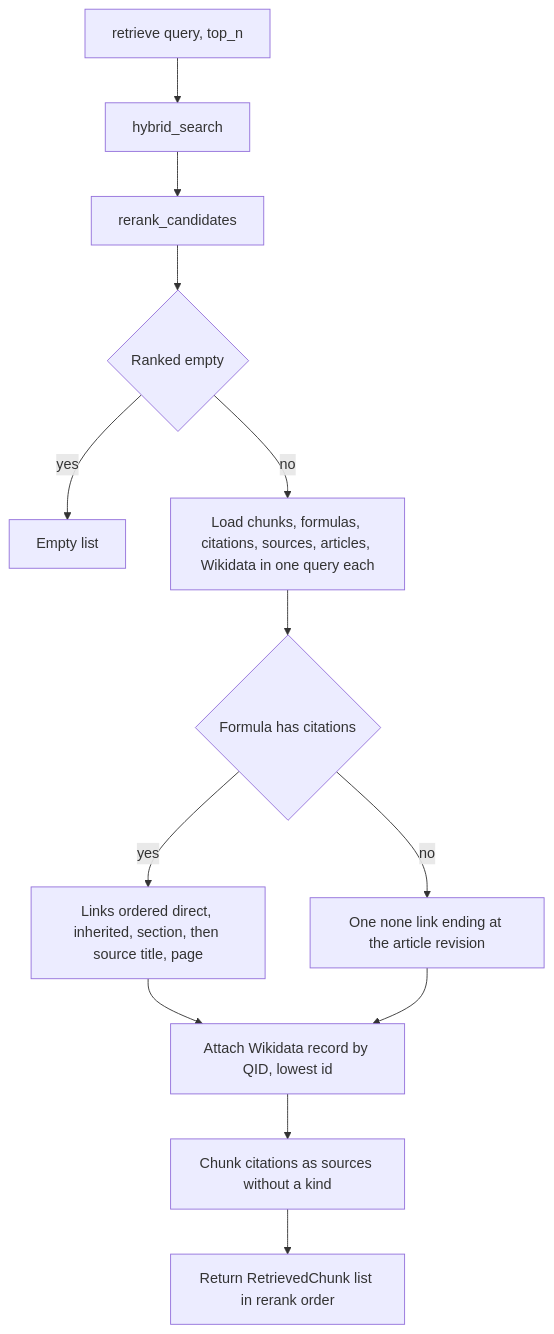
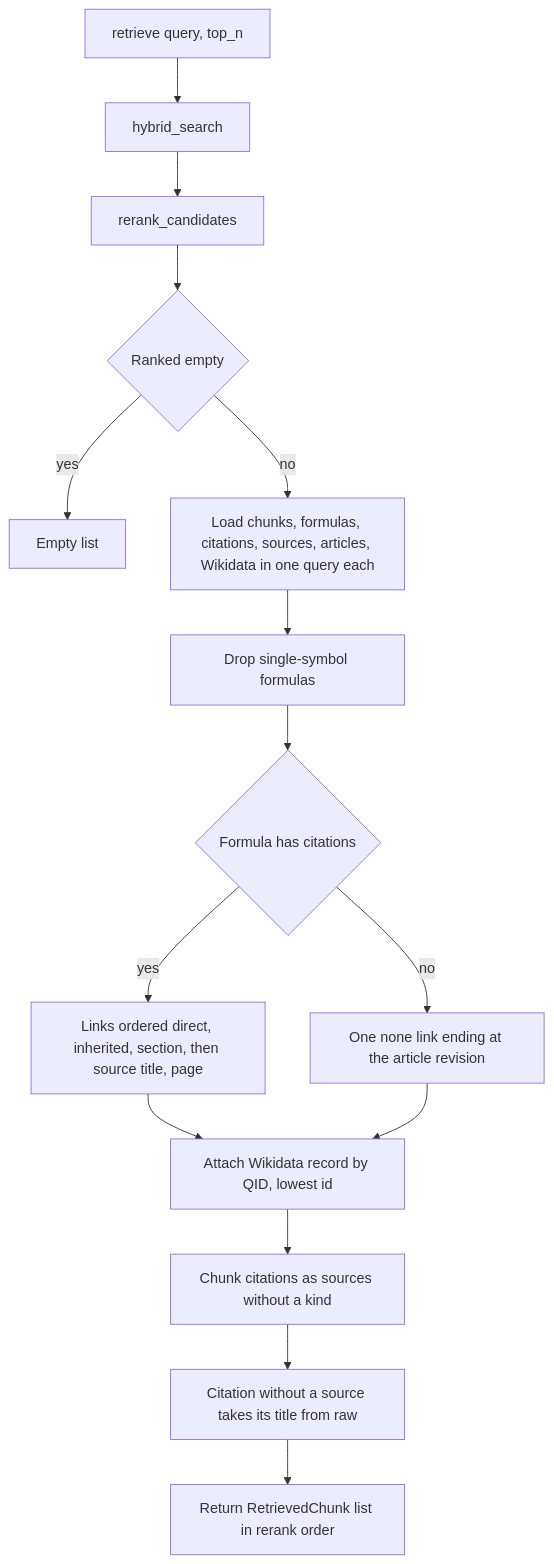
Before and after one commit to tudorciobanu99/momentum: the diagram in docs/flows/retrieval-results.md, drawn with Mermaid. The commit also changed 4 other files, not shown here.

Commit message:
feat(backend): hide single-symbol formulas and show raw citation titles (#27)

````diff
--- a/docs/flows/retrieval-results.md
+++ b/docs/flows/retrieval-results.md
@@ -3,15 +3,17 @@
 ```mermaid
 flowchart TD
     A[retrieve query, top_n] --> B[hybrid_search]
     B --> C[rerank_candidates]
     C --> D{Ranked empty}
     D -- yes --> E[Empty list]
     D -- no --> F[Load chunks, formulas, citations, sources, articles, Wikidata in one query each]
-    F --> G{Formula has citations}
+    F --> F2[Drop single-symbol formulas]
+    F2 --> G{Formula has citations}
     G -- yes --> H[Links ordered direct, inherited, section, then source title, page]
     G -- no --> I[One none link ending at the article revision]
     H --> J[Attach Wikidata record by QID, lowest id]
     I --> J
     J --> K[Chunk citations as sources without a kind]
-    K --> L[Return RetrievedChunk list in rerank order]
+    K --> K2[Citation without a source takes its title from raw]
+    K2 --> L[Return RetrievedChunk list in rerank order]
 ```
````
